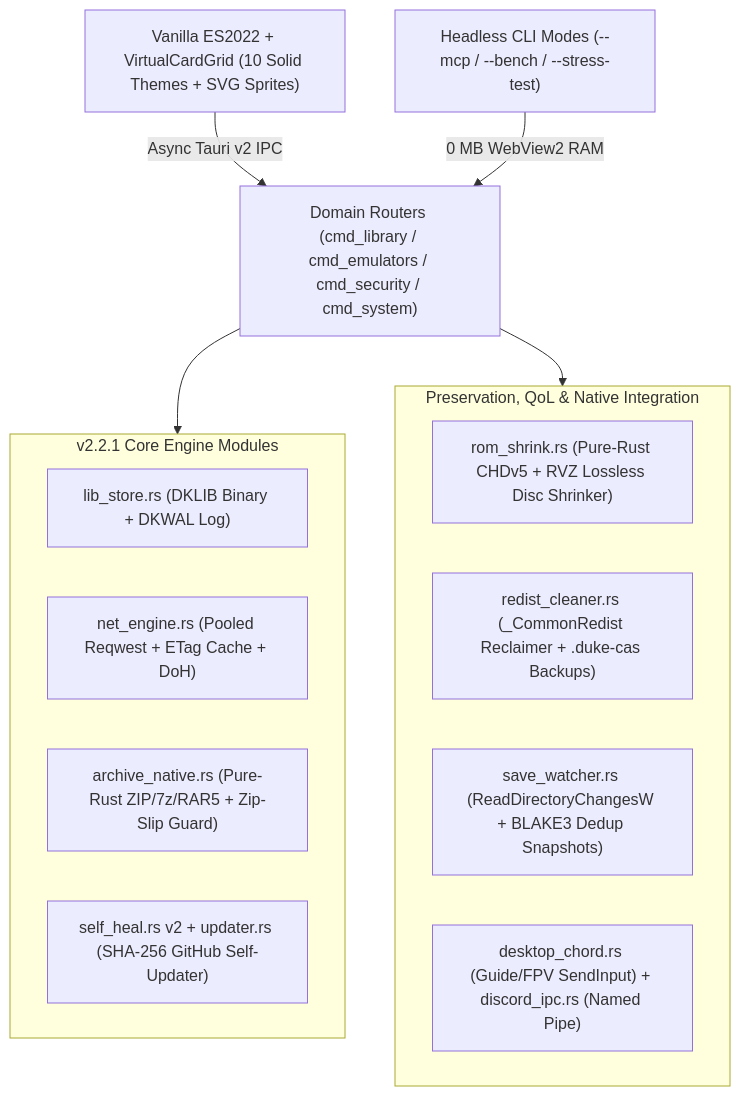
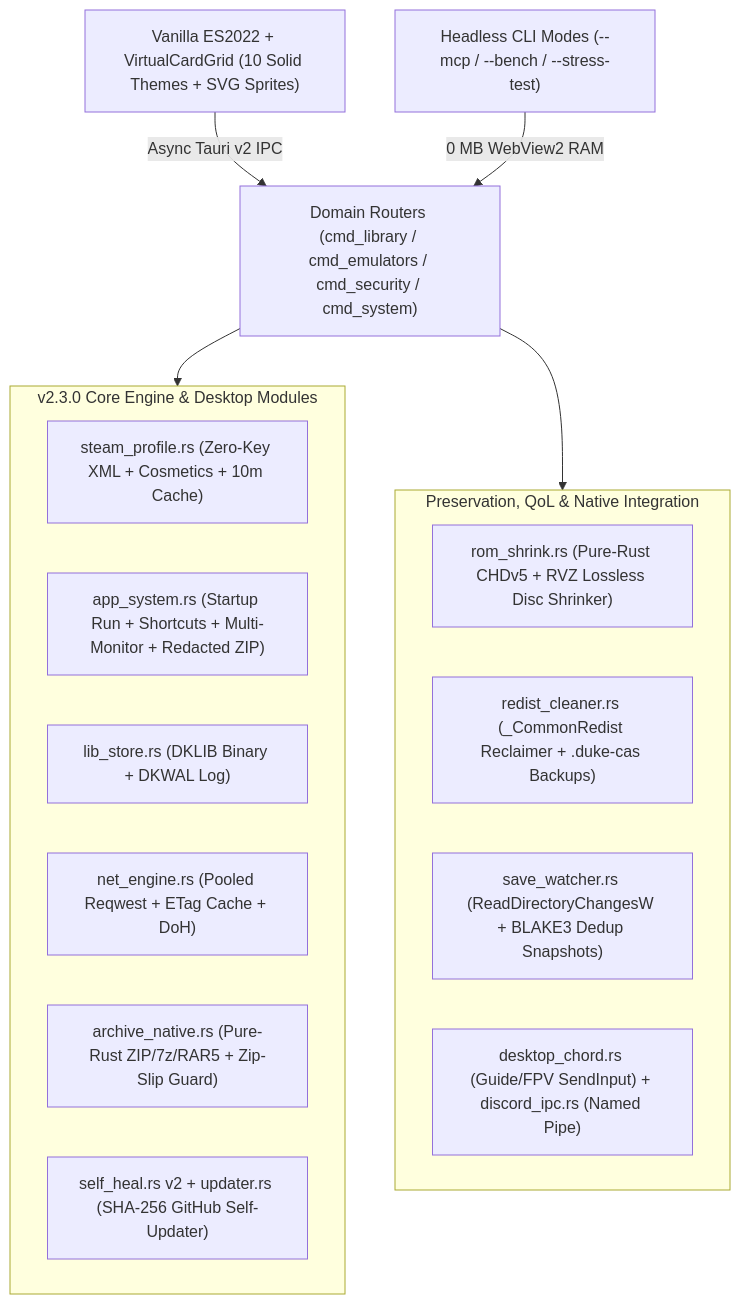
The diagram in README.md (willferrara/duke-systems), drawn with Mermaid before and after one commit. The commit also changed other lines of this file and 17 other files, not shown here.

Commit message:
feat: release Duke Launcher v2.3.0 (Steam hover mini-profile card, Windows startup/shortcuts/tray integration & full app stabilization)

````diff
--- a/README.md
+++ b/README.md
@@ -71,22 +74,24 @@
 ```mermaid
 flowchart TD
     UI["Vanilla ES2022 + VirtualCardGrid (10 Solid Themes + SVG Sprites)"] -->|"Async Tauri v2 IPC"| Routers["Domain Routers (cmd_library / cmd_emulators / cmd_security / cmd_system)"]
     CLI["Headless CLI Modes (--mcp / --bench / --stress-test)"] -->|"0 MB WebView2 RAM"| Routers
 
-    subgraph CoreV22["v2.2.1 Core Engine Modules"]
+    subgraph CoreV23["v2.3.0 Core Engine & Desktop Modules"]
+        SteamProf["steam_profile.rs (Zero-Key XML + Cosmetics + 10m Cache)"]
+        AppSys["app_system.rs (Startup Run + Shortcuts + Multi-Monitor + Redacted ZIP)"]
         LibStore["lib_store.rs (DKLIB Binary + DKWAL Log)"]
         NetEngine["net_engine.rs (Pooled Reqwest + ETag Cache + DoH)"]
         ArchiveNative["archive_native.rs (Pure-Rust ZIP/7z/RAR5 + Zip-Slip Guard)"]
         SelfHeal["self_heal.rs v2 + updater.rs (SHA-256 GitHub Self-Updater)"]
     end
 
     subgraph PreservationAndUx["Preservation, QoL & Native Integration"]
         RomShrink["rom_shrink.rs (Pure-Rust CHDv5 + RVZ Lossless Disc Shrinker)"]
         RedistClean["redist_cleaner.rs (_CommonRedist Reclaimer + .duke-cas Backups)"]
         SaveWatch["save_watcher.rs (ReadDirectoryChangesW + BLAKE3 Dedup Snapshots)"]
         ChordDiscord["desktop_chord.rs (Guide/FPV SendInput) + discord_ipc.rs (Named Pipe)"]
     end
 
-    Routers --> CoreV22
+    Routers --> CoreV23
     Routers --> PreservationAndUx
 ```
````
